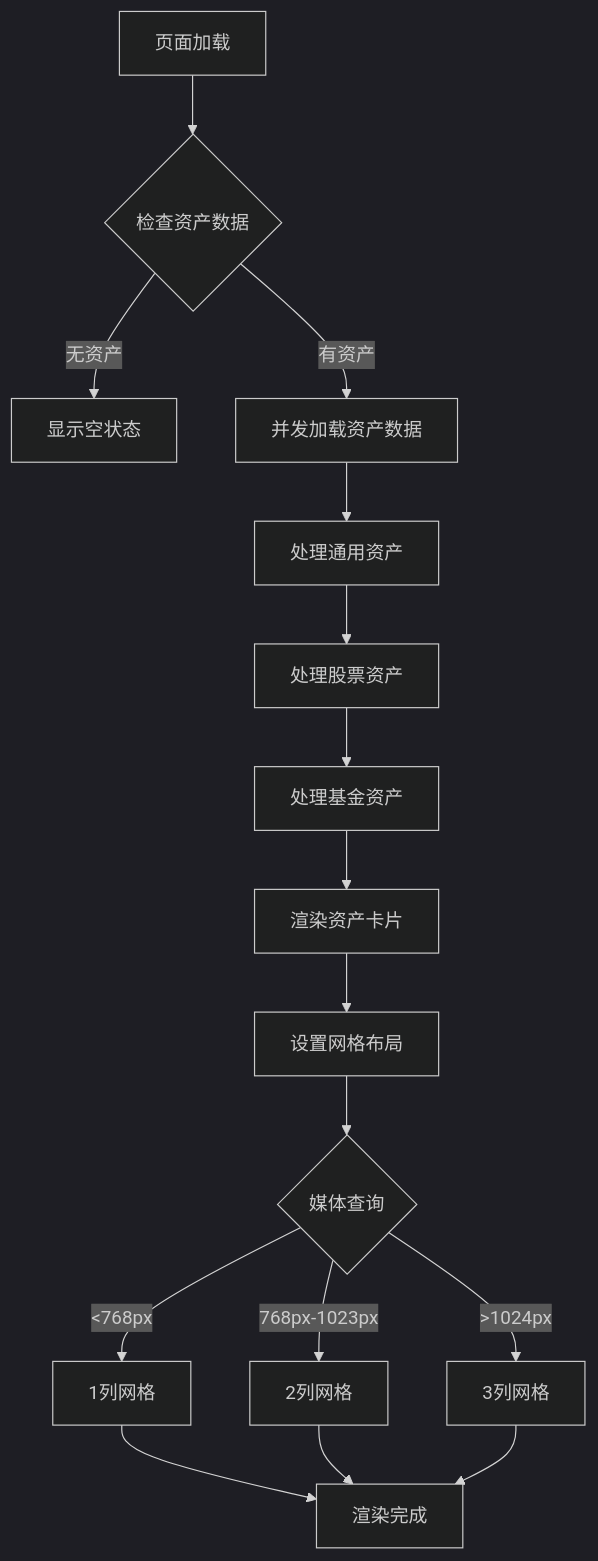
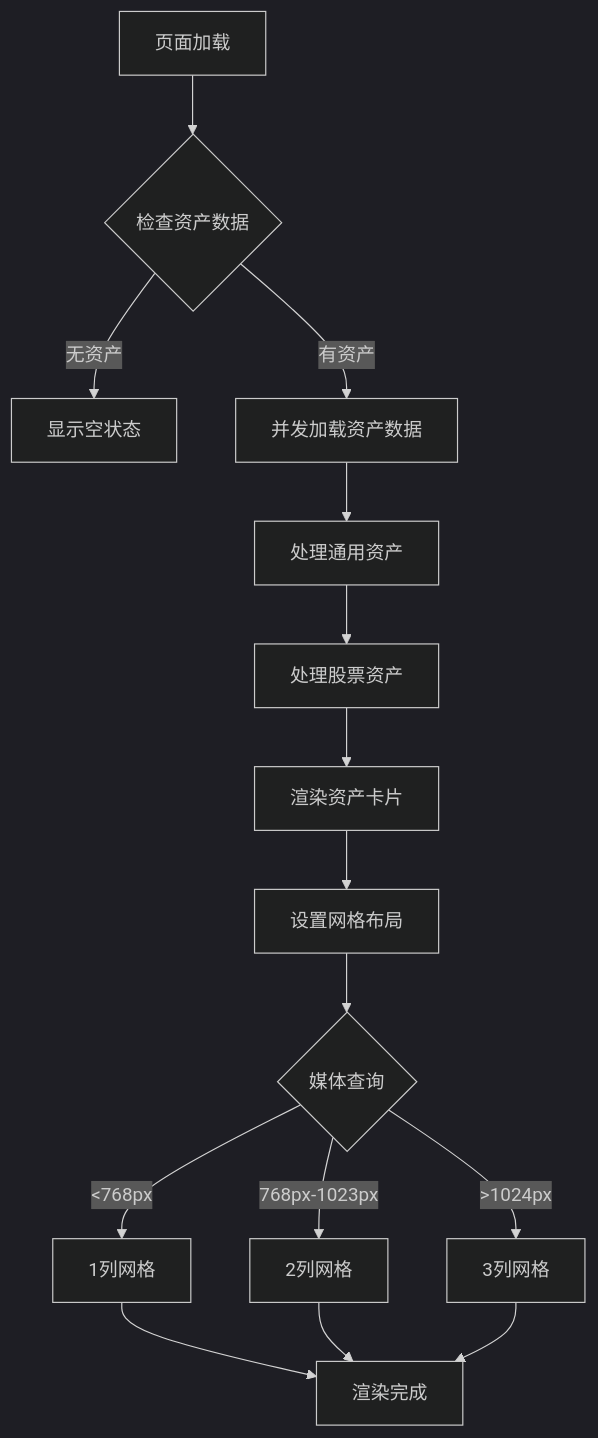
One commit to xiao-lin-unit/yuan changed the third of 17 diagrams in .qoder/repowiki/zh/content/资产管理/资产总览.md. Above: the diagram before and after it, drawn with Mermaid (dark theme). The commit also changed other lines of this file and 14 other files, not shown here.

````diff
--- a/.qoder/repowiki/zh/content/资产管理/资产总览.md
+++ b/.qoder/repowiki/zh/content/资产管理/资产总览.md
@@ -194,18 +169,17 @@
 ```mermaid
 flowchart TD
 Start[页面加载] --> CheckAssets{检查资产数据}
 CheckAssets --> |无资产| ShowEmpty[显示空状态]
 CheckAssets --> |有资产| LoadData[并发加载资产数据]
 LoadData --> ProcessGeneral[处理通用资产]
 ProcessGeneral --> ProcessStocks[处理股票资产]
-ProcessStocks --> ProcessFunds[处理基金资产]
-ProcessFunds --> RenderCards[渲染资产卡片]
+ProcessStocks --> RenderCards[渲染资产卡片]
 RenderCards --> SetupGrid[设置网格布局]
 SetupGrid --> MediaQuery{媒体查询}
 MediaQuery --> |<768px| Grid1Col[1列网格]
 MediaQuery --> |768px-1023px| Grid2Col[2列网格]
 MediaQuery --> |>1024px| Grid3Col[3列网格]
 Grid1Col --> RenderComplete[渲染完成]
 Grid2Col --> RenderComplete
 Grid3Col --> RenderComplete
 ```
````
